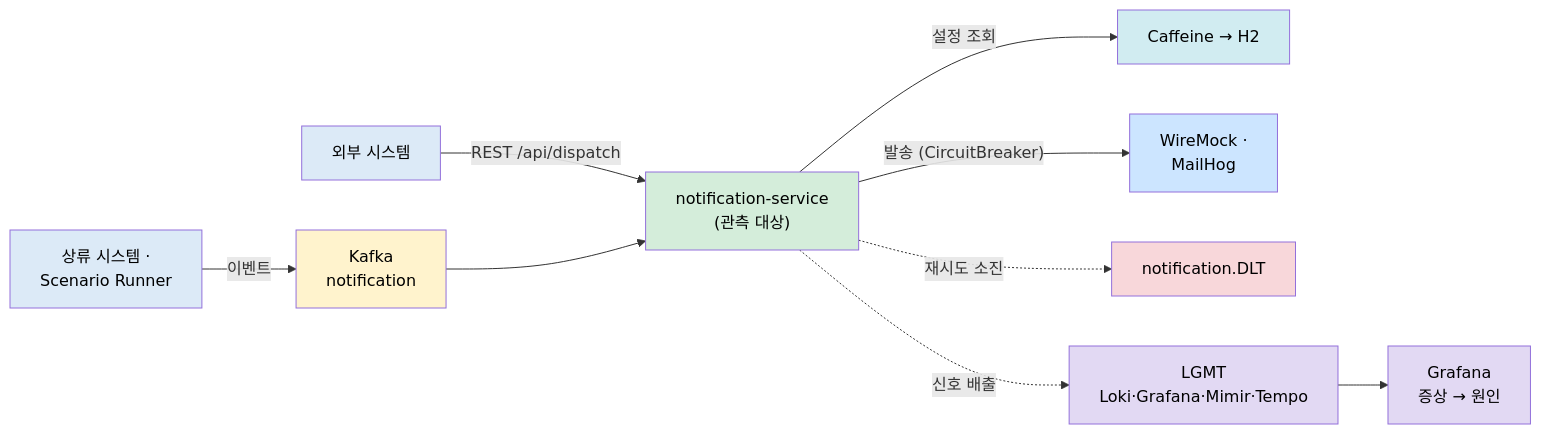
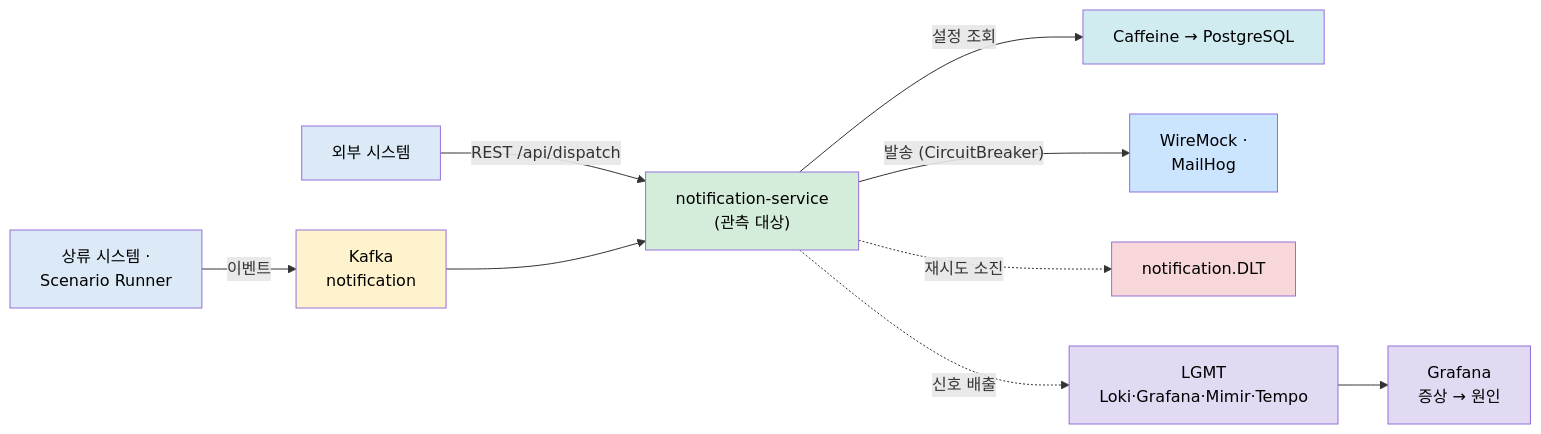
Before and after one commit to scofe97/notification-lab: the diagram in OVERVIEW.md, drawn with Mermaid. The commit also changed 5 other files, not shown here.

````diff
--- a/OVERVIEW.md
+++ b/OVERVIEW.md
@@ -18,21 +18,21 @@
 ```mermaid
 flowchart LR
     PROD["상류 시스템 ·<br>Scenario Runner"] -->|이벤트| KAFKA["Kafka<br>notification"]
     EXT["외부 시스템"] -->|"REST /api/dispatch"| SVC
     KAFKA --> SVC["notification-service<br>(관측 대상)"]
-    SVC -->|"설정 조회"| CACHE["Caffeine → H2"]
+    SVC -->|"설정 조회"| CACHE["Caffeine → PostgreSQL"]
     SVC -->|"발송 (CircuitBreaker)"| WM["WireMock ·<br>MailHog"]
     SVC -. "재시도 소진" .-> DLT["notification.DLT"]
     SVC -. "신호 배출" .-> OBS["LGMT<br>Loki·Grafana·Mimir·Tempo"]
     OBS --> GRAF["Grafana<br>증상 → 원인"]
 
     style PROD fill:#dceaf7,color:#000
     style EXT fill:#dceaf7,color:#000
     style KAFKA fill:#fff3cd,color:#000
     style SVC fill:#d4edda,color:#000
     style CACHE fill:#d1ecf1,color:#000
     style WM fill:#cce5ff,color:#000
     style DLT fill:#f8d7da,color:#000
     style OBS fill:#e2d9f3,color:#000
     style GRAF fill:#e2d9f3,color:#000
 ```
````
